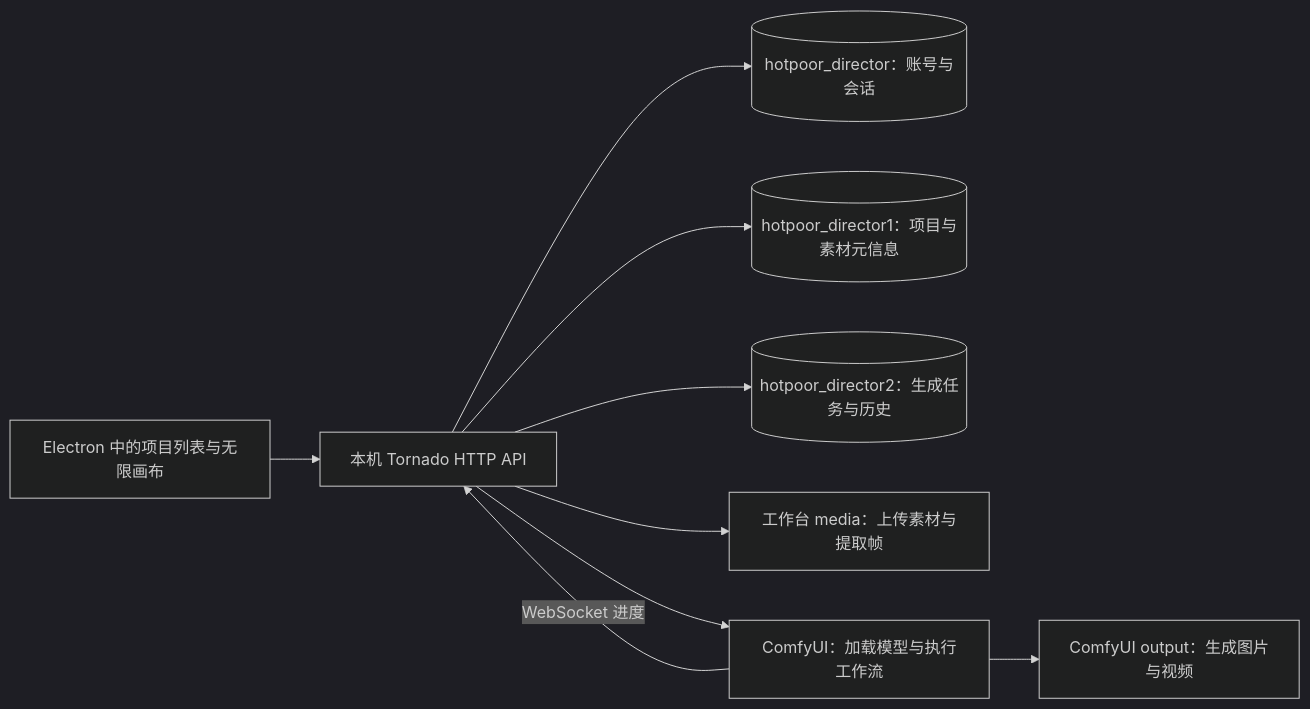
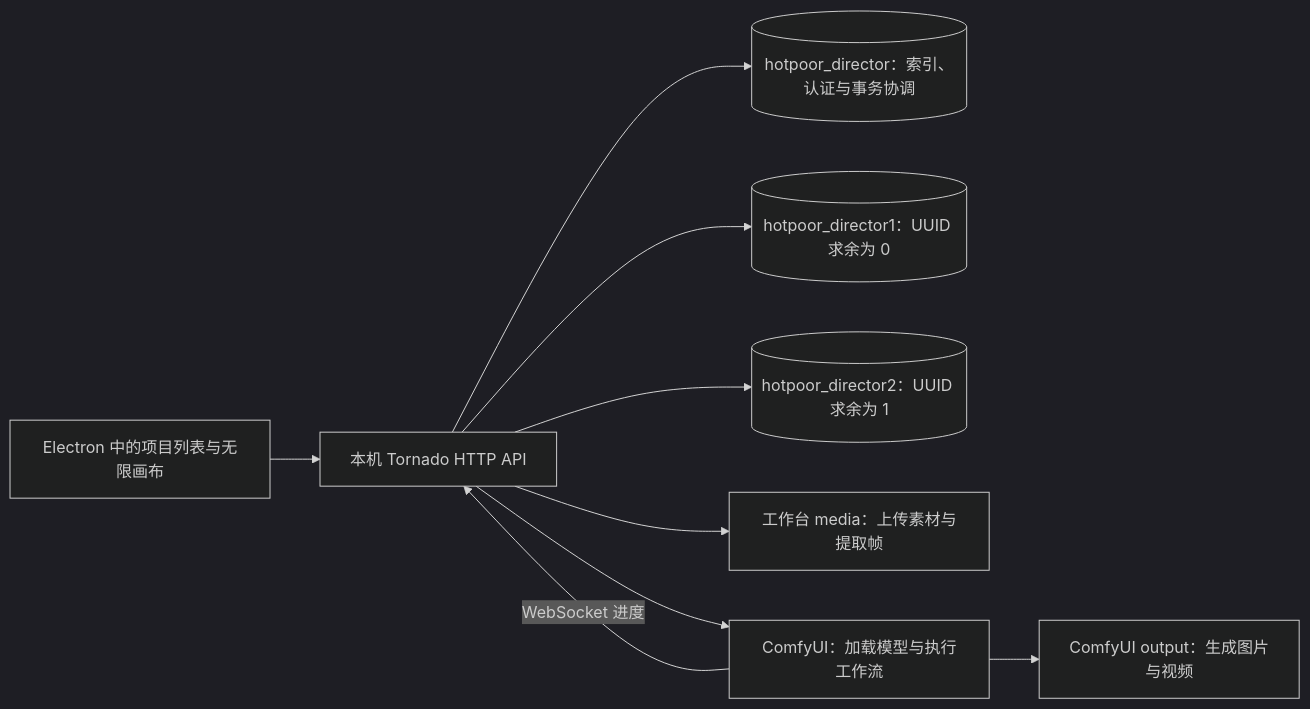
The diagram in SKILL.md (hotpoor/hotpoor_director), drawn with Mermaid (dark theme) before and after one commit. The commit also changed other lines of this file and 21 other files, not shown here.

````diff
--- a/SKILL.md
+++ b/SKILL.md
@@ -55,11 +55,11 @@
 ```mermaid
 flowchart LR
     UI[Electron 中的项目列表与无限画布] --> API[本机 Tornado HTTP API]
-    API --> AUTH[(hotpoor_director：账号与会话)]
-    API --> PROJECT[(hotpoor_director1：项目与素材元信息)]
-    API --> JOB[(hotpoor_director2：生成任务与历史)]
+    API --> AUTH[(hotpoor_director：索引、认证与事务协调)]
+    API --> PROJECT[(hotpoor_director1：UUID 求余为 0)]
+    API --> JOB[(hotpoor_director2：UUID 求余为 1)]
     API --> MEDIA[工作台 media：上传素材与提取帧]
     API --> COMFY[ComfyUI：加载模型与执行工作流]
     COMFY --> OUTPUT[ComfyUI output：生成图片与视频]
     COMFY -->|WebSocket 进度| API
 ```
````
